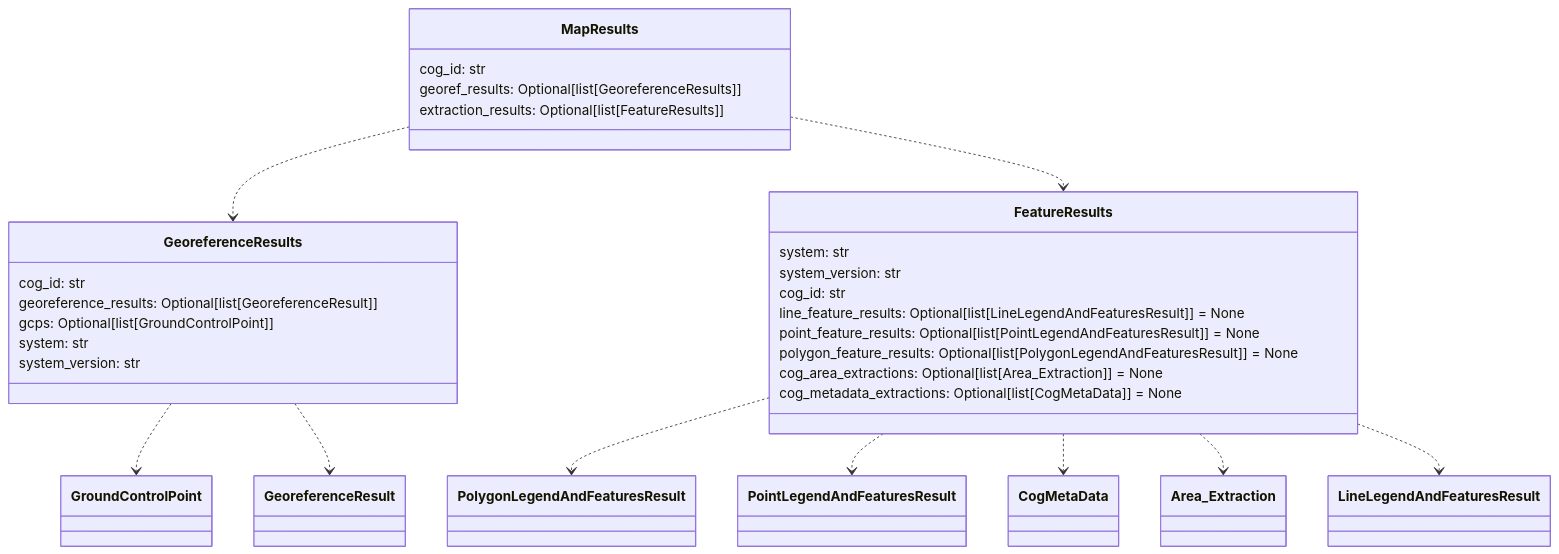
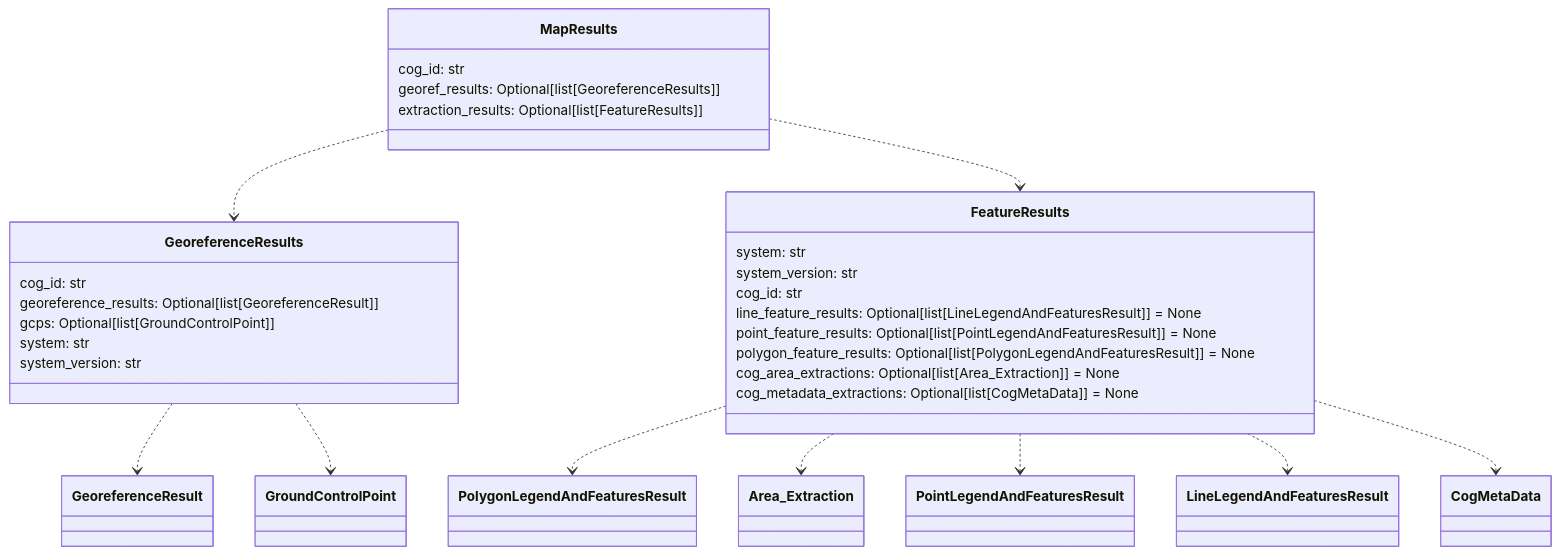
Before and after one commit to DARPA-CRITICALMAAS/cdr_schemas: diagram 11 of 12 in README.md, drawn with Mermaid. The commit also changed other lines of this file and 1 other file, not shown here.

````diff
--- a/README.md
+++ b/README.md
@@ -905,40 +905,40 @@
 ```mermaid
 classDiagram
-
-    class MapResults {
-        cog_id: str
-        georef_results: Optional[list[GeoreferenceResults]]
-        extraction_results: Optional[list[FeatureResults]]
-    }
 
     class GeoreferenceResults {
         cog_id: str
         georeference_results: Optional[list[GeoreferenceResult]]
         gcps: Optional[list[GroundControlPoint]]
         system: str
         system_version: str
     }
 
     class FeatureResults {
         system: str
         system_version: str
         cog_id: str
         line_feature_results: Optional[list[LineLegendAndFeaturesResult]] = None
         point_feature_results: Optional[list[PointLegendAndFeaturesResult]] = None
         polygon_feature_results: Optional[list[PolygonLegendAndFeaturesResult]] = None
         cog_area_extractions: Optional[list[Area_Extraction]] = None
         cog_metadata_extractions: Optional[list[CogMetaData]] = None
     }
 
+    class MapResults {
+        cog_id: str
+        georef_results: Optional[list[GeoreferenceResults]]
+        extraction_results: Optional[list[FeatureResults]]
+    }
+
     FeatureResults ..> PolygonLegendAndFeaturesResult
+    FeatureResults ..> Area_Extraction
     FeatureResults ..> PointLegendAndFeaturesResult
+    FeatureResults ..> LineLegendAndFeaturesResult
     FeatureResults ..> CogMetaData
-    FeatureResults ..> Area_Extraction
-    FeatureResults ..> LineLegendAndFeaturesResult
+    GeoreferenceResults ..> GeoreferenceResult
     GeoreferenceResults ..> GroundControlPoint
-    GeoreferenceResults ..> GeoreferenceResult
     MapResults ..> GeoreferenceResults
     MapResults ..> FeatureResults
 
 
 ```
````
